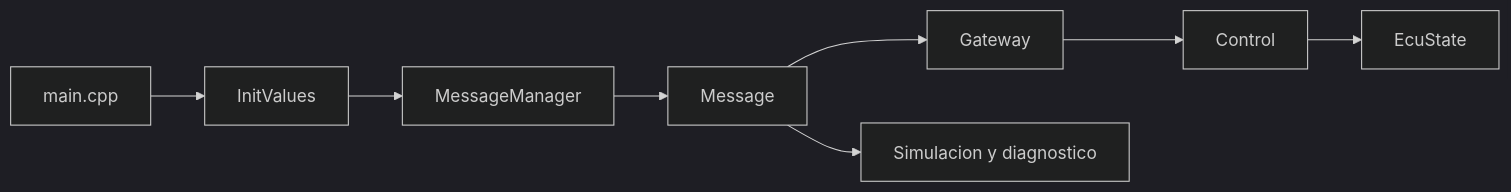
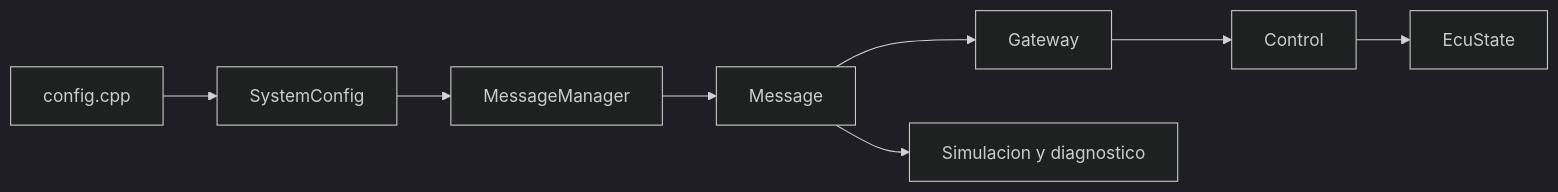
The diagram in README.md (jccp33/myECU), drawn with Mermaid (dark theme) before and after one commit. The commit also changed other lines of this file and 16 other files, not shown here.

````diff
--- a/README.md
+++ b/README.md
@@ -60,10 +61,10 @@
 ```mermaid
 flowchart LR
-    A[main.cpp] --> B[InitValues]
+    A[config.cpp] --> B[SystemConfig]
     B --> C[MessageManager]
     C --> D[Message]
     D --> E[Gateway]
     E --> F[Control]
     F --> G[EcuState]
     D --> H[Simulacion y diagnostico]
 ```
````
